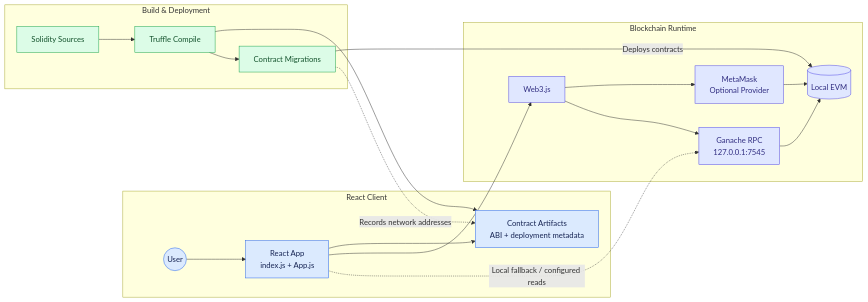
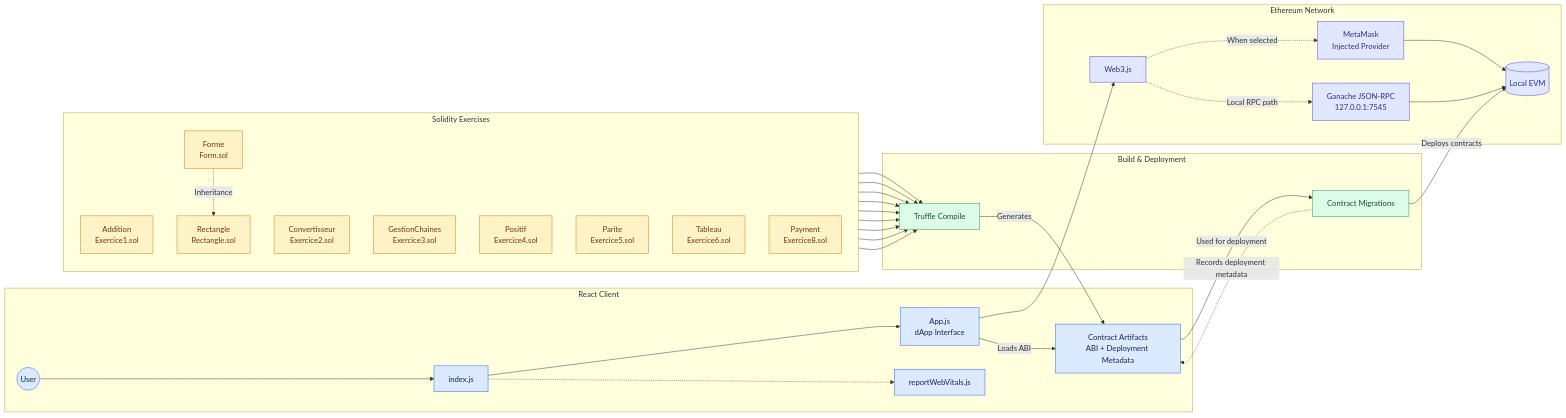
One commit to Ellouzati-Mohammed/blockchain_project changed the first of 2 diagrams in README.md. Above: the diagram before and after it, drawn with Mermaid. The commit also changed other lines of this file, not shown here.

````diff
--- a/README.md
+++ b/README.md
@@ -65,43 +67,73 @@
 ```mermaid
 flowchart LR
     subgraph CLIENT["React Client"]
-        U(("User"))
-        UI["React App<br/>index.js + App.js"]
-        ART["Contract Artifacts<br/>ABI + deployment metadata"]
-        U --> UI
-        UI --> ART
+        USER(("User"))
+        ENTRY["index.js"]
+        APP["App.js<br/>dApp Interface"]
+        VITALS["reportWebVitals.js"]
+        ART["Contract Artifacts<br/>ABI + Deployment Metadata"]
+
+        USER --> ENTRY
+        ENTRY --> APP
+        ENTRY -.-> VITALS
+        APP -->|"Loads ABI"| ART
+    end
+
+    subgraph SOURCE["Solidity Exercises"]
+        direction TB
+        ADD["Addition<br/>Exercice1.sol"]
+        CONV["Convertisseur<br/>Exercice2.sol"]
+        STR["GestionChaines<br/>Exercice3.sol"]
+        POS["Positif<br/>Exercice4.sol"]
+        PAR["Parite<br/>Exercice5.sol"]
+        ARR["Tableau<br/>Exercice6.sol"]
+        FORM["Forme<br/>Form.sol"]
+        RECT["Rectangle<br/>Rectangle.sol"]
+        PAY["Payment<br/>Exercice8.sol"]
+
+        FORM -.->|"Inheritance"| RECT
     end
 
     subgraph BUILD["Build & Deployment"]
-        SRC["Solidity Sources"]
         COMP["Truffle Compile"]
         MIG["Contract Migrations"]
-        SRC --> COMP
-        COMP --> ART
-        COMP --> MIG
+        COMP -->|"Generates"| ART
+        ART -->|"Used for deployment"| MIG
     end
 
-    subgraph RUNTIME["Blockchain Runtime"]
-        W3["Web3.js"]
-        MM["MetaMask<br/>Optional Provider"]
-        RPC["Ganache RPC<br/>127.0.0.1:7545"]
+    subgraph CHAIN["Ethereum Network"]
+        WEB3["Web3.js"]
+        MM["MetaMask<br/>Injected Provider"]
+        RPC["Ganache JSON-RPC<br/>127.0.0.1:7545"]
         EVM[("Local EVM")]
-        W3 --> MM
-        W3 --> RPC
+
+        WEB3 -.->|"When selected"| MM
+        WEB3 -.->|"Local RPC path"| RPC
         MM --> EVM
         RPC --> EVM
     end
 
-    UI --> W3
-    UI -.->|"Local fallback / configured reads"| RPC
+    ADD --> COMP
+    CONV --> COMP
+    STR --> COMP
+    POS --> COMP
+    PAR --> COMP
+    ARR --> COMP
+    FORM --> COMP
+    RECT --> COMP
+    PAY --> COMP
+
+    APP --> WEB3
     MIG -->|"Deploys contracts"| EVM
-    MIG -.->|"Records network addresses"| ART
+    MIG -.->|"Records deployment metadata"| ART
 
     classDef client fill:#dbeafe,stroke:#2563eb,color:#172554
+    classDef contracts fill:#fef3c7,stroke:#d97706,color:#78350f
     classDef build fill:#dcfce7,stroke:#16a34a,color:#14532d
-    classDef chain fill:#e0e7ff,stroke:#4f46e5,color:#312e81
+    classDef blockchain fill:#e0e7ff,stroke:#4f46e5,color:#312e81
 
-    class U,UI,ART client
-    class SRC,COMP,MIG build
-    class W3,MM,RPC,EVM chain
+    class USER,ENTRY,APP,VITALS,ART client
+    class ADD,CONV,STR,POS,PAR,ARR,FORM,RECT,PAY contracts
+    class COMP,MIG build
+    class WEB3,MM,RPC,EVM blockchain
 ```
````
